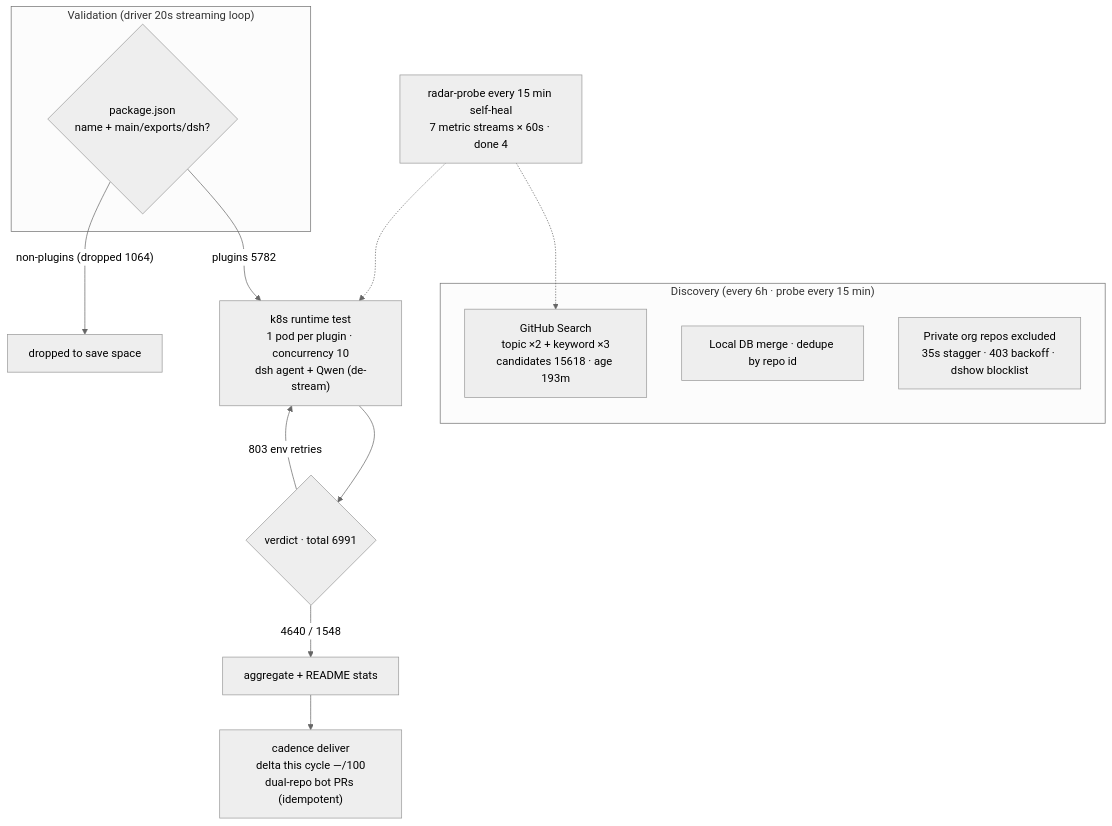
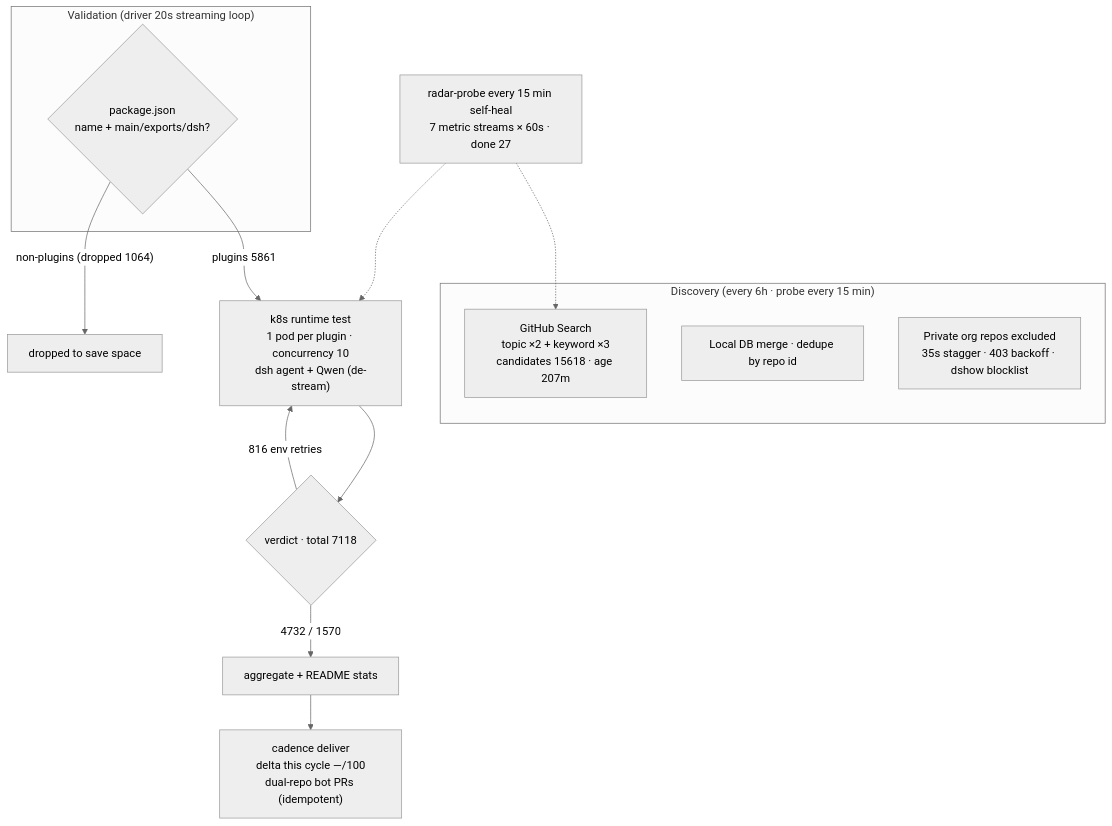
One commit to AdamPlatin123/awesome-dsh-plugins changed the diagram in README.en-US.md. Above: the diagram before and after it, drawn with Mermaid (neutral theme). The commit also changed other lines of this file and 5 other files, not shown here.

````diff
--- a/README.en-US.md
+++ b/README.en-US.md
@@ -30,20 +30,20 @@
 ```mermaid
 flowchart TB
     subgraph Discovery["Discovery (every 6h · probe every 15 min)"]
-        A1["GitHub Search<br/>topic ×2 + keyword ×3<br/>candidates 15618 · age 193m"]
+        A1["GitHub Search<br/>topic ×2 + keyword ×3<br/>candidates 15618 · age 207m"]
         A2["Local DB merge · dedupe by repo id"]
         A3["Private org repos excluded<br/>35s stagger · 403 backoff · dshow blocklist"]
     end
     subgraph Validation["Validation (driver 20s streaming loop)"]
         B1{"package.json<br/>name + main/exports/dsh?"}
     end
-    B1 -->|"plugins 5782"| C1["k8s runtime test<br/>1 pod per plugin · concurrency 10<br/>dsh agent + Qwen (de-stream)"]
+    B1 -->|"plugins 5861"| C1["k8s runtime test<br/>1 pod per plugin · concurrency 10<br/>dsh agent + Qwen (de-stream)"]
     B1 -->|"non-plugins (dropped 1064)"| B3["dropped to save space"]
-    C1 --> D1{"verdict · total 6991"}
-    D1 -->|"4640 / 1548"| E1["aggregate + README stats"]
-    D1 -->|"803 env retries"| C1
+    C1 --> D1{"verdict · total 7118"}
+    D1 -->|"4732 / 1570"| E1["aggregate + README stats"]
+    D1 -->|"816 env retries"| C1
     E1 --> E2["cadence deliver<br/>delta this cycle —/100<br/>dual-repo bot PRs (idempotent)"]
-    M["radar-probe every 15 min self-heal<br/>7 metric streams × 60s · done 4"]
+    M["radar-probe every 15 min self-heal<br/>7 metric streams × 60s · done 27"]
     M -.-> A1
     M -.-> C1
 ```
````
